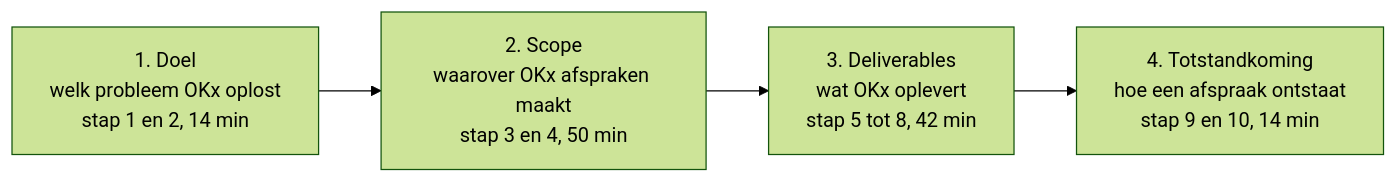
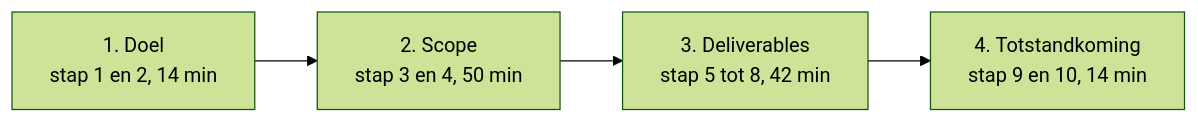
One commit to Npuls-OKx/meta changed the first of 4 diagrams in doc/leesroute-okx.md. Above: the diagram before and after it, drawn with Mermaid (forest theme). The commit also changed other lines of this file and 1 other file, not shown here.

````diff
--- a/doc/leesroute-okx.md
+++ b/doc/leesroute-okx.md
@@ -13,6 +13,6 @@
 ```mermaid
 flowchart LR
-  V1["1. Doel<br/>welk probleem OKx oplost<br/>stap 1 en 2, 14 min"] --> V2["2. Scope<br/>waarover OKx afspraken maakt<br/>stap 3 en 4, 50 min"]
-  V2 --> V3["3. Deliverables<br/>wat OKx oplevert<br/>stap 5 tot 8, 42 min"]
-  V3 --> V4["4. Totstandkoming<br/>hoe een afspraak ontstaat<br/>stap 9 en 10, 14 min"]
+  V1["1. Doel<br/>stap 1 en 2, 14 min"] --> V2["2. Scope<br/>stap 3 en 4, 50 min"]
+  V2 --> V3["3. Deliverables<br/>stap 5 tot 8, 42 min"]
+  V3 --> V4["4. Totstandkoming<br/>stap 9 en 10, 14 min"]
 ```
````
